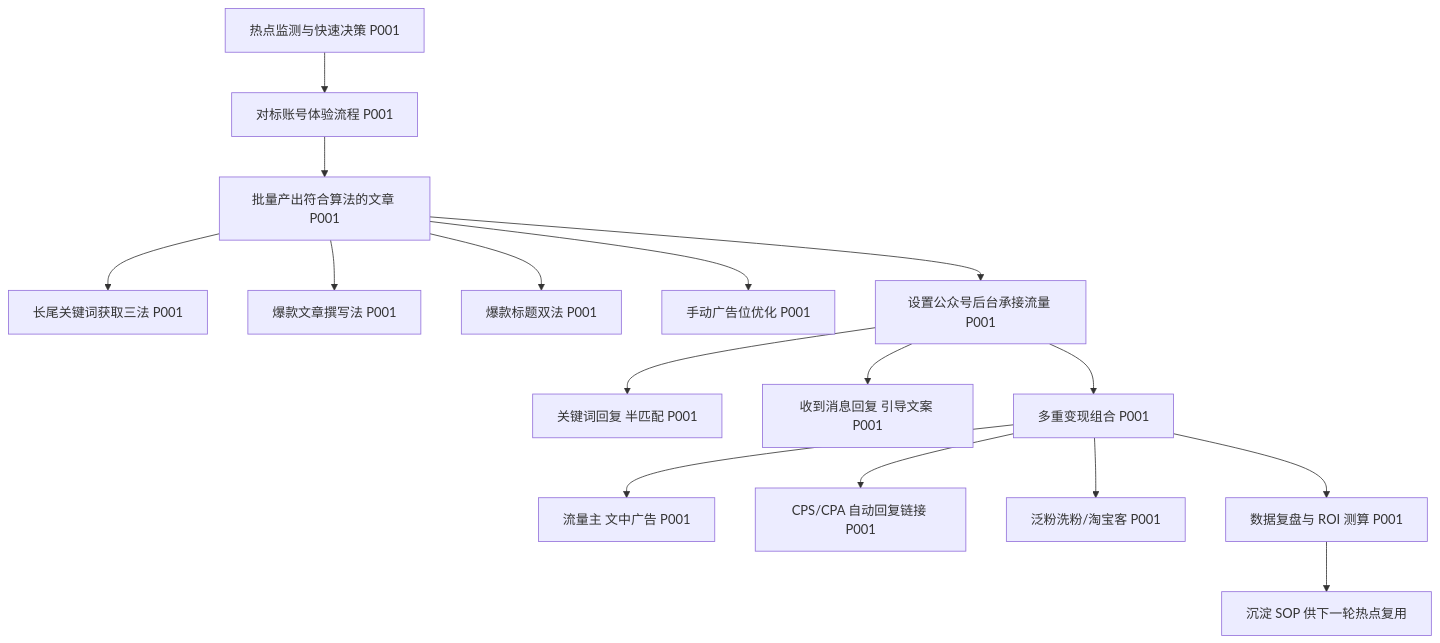
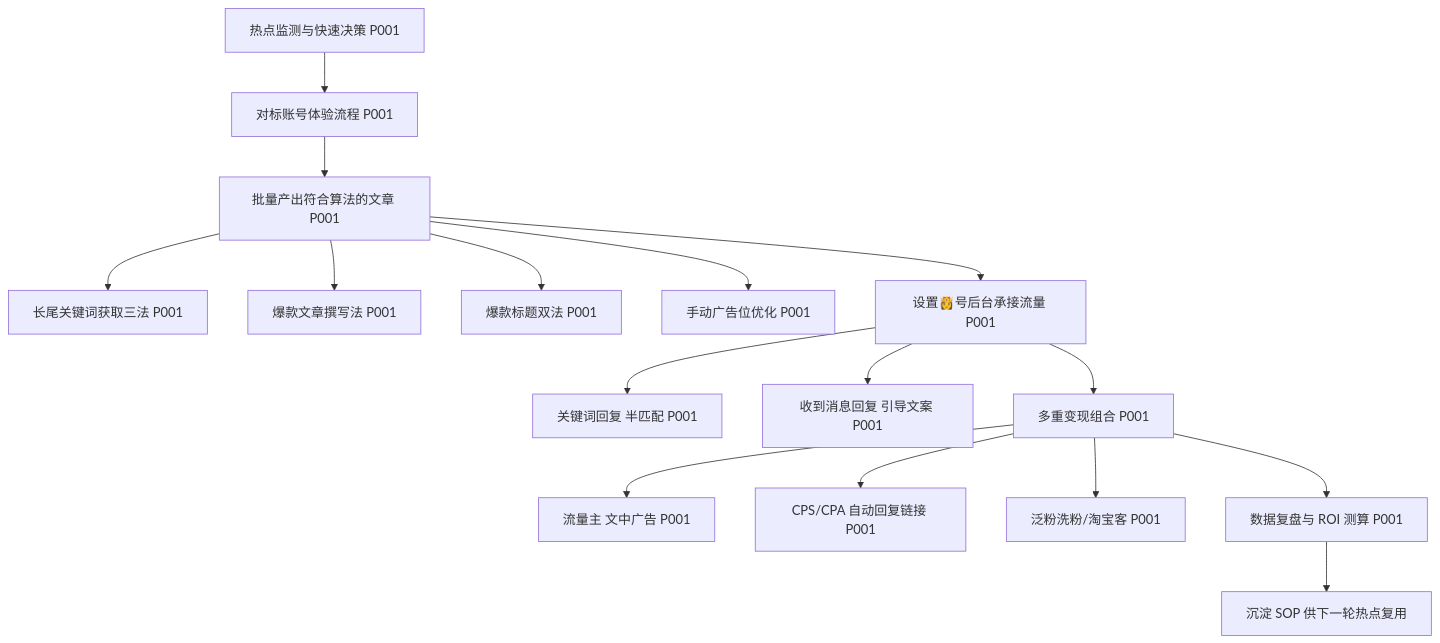
Before and after one commit to OpenDocCN1/flygon-zhuanqian-zhoubao: the first of 4 diagrams in docs/202301-02_paper2textbook/asset/body_fix_bfa965541026c33e1f66be624e3c4b31_d8e5df4a100e49f64db6cd42cd2c4859_b6030703e38e94df66c9940112abe3fa_f1f4248e08c7dfb8b41db6cc292d8127.md, drawn with Mermaid. The commit also changed other lines of this file and 6688 other files, not shown here.

````diff
--- a/docs/202301-02_paper2textbook/asset/body_fix_bfa965541026c33e1f66be624e3c4b31_d8e5df4a100e49f64db6cd42cd2c4859_b6030703e38e94df66c9940112abe3fa_f1f4248e08c7dfb8b41db6cc292d8127.md
+++ b/docs/202301-02_paper2textbook/asset/body_fix_bfa965541026c33e1f66be624e3c4b31_d8e5df4a100e49f64db6cd42cd2c4859_b6030703e38e94df66c9940112abe3fa_f1f4248e08c7dfb8b41db6cc292d8127.md
@@ -166,18 +166,18 @@
 ```mermaid
 flowchart TD
     A[热点监测与快速决策 P001] --> B[对标账号体验流程 P001]
     B --> C[批量产出符合算法的文章 P001]
     C --> C1[长尾关键词获取三法 P001]
     C --> C2[爆款文章撰写法 P001]
     C --> C3[爆款标题双法 P001]
     C --> C4[手动广告位优化 P001]
-    C --> D[设置公众号后台承接流量 P001]
+    C --> D[设置👸号后台承接流量 P001]
     D --> D1[关键词回复 半匹配 P001]
     D --> D2[收到消息回复 引导文案 P001]
     D --> E[多重变现组合 P001]
     E --> E1[流量主 文中广告 P001]
     E --> E2[CPS/CPA 自动回复链接 P001]
     E --> E3[泛粉洗粉/淘宝客 P001]
     E --> F[数据复盘与 ROI 测算 P001]
     F --> G[沉淀 SOP 供下一轮热点复用]
 ```
````
